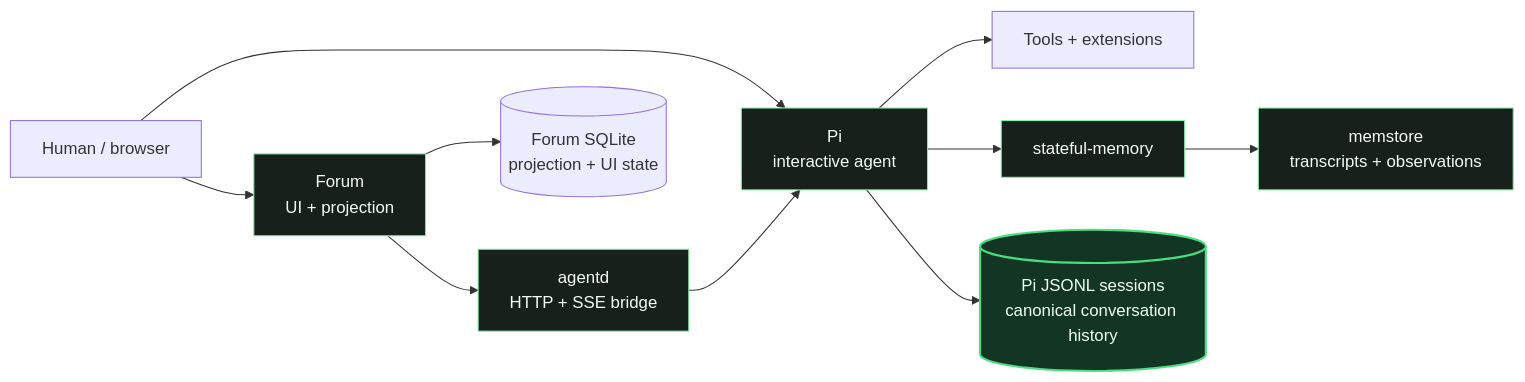
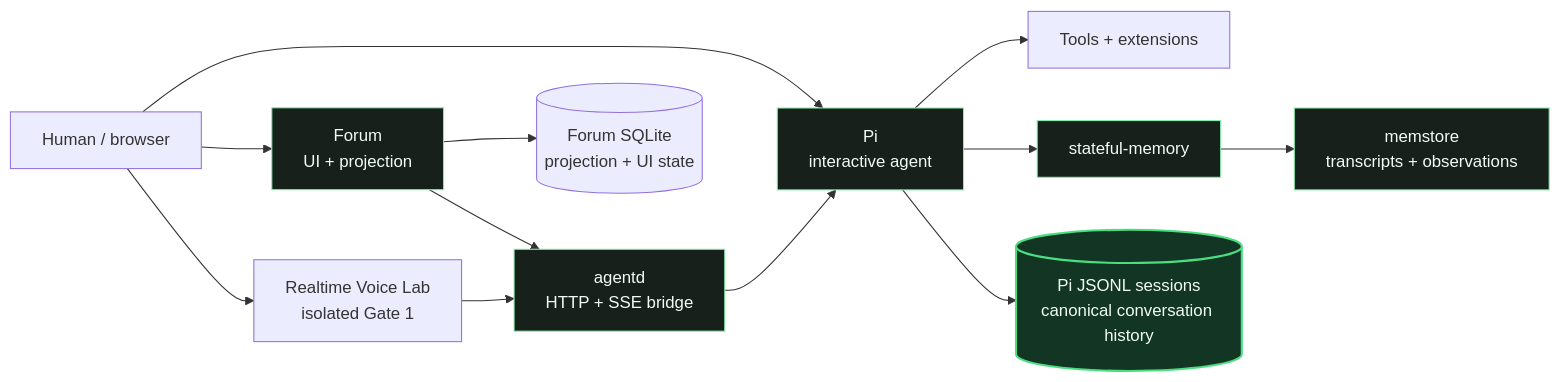
One commit to irrigationreal/monika changed the diagram in README.md. Above: the diagram before and after it, drawn with Mermaid. The commit also changed other lines of this file and 26 other files, not shown here.

Commit message:
Add isolated Realtime Voice Lab proof of concept

````diff
--- a/README.md
+++ b/README.md
@@ -51,17 +51,19 @@
 ```mermaid
 flowchart LR
     Human["Human / browser"] --> Forum["Forum\nUI + projection"]
+    Human --> Voice["Realtime Voice Lab\nisolated Gate 1"]
     Human --> Pi["Pi\ninteractive agent"]
     Forum --> Agentd["agentd\nHTTP + SSE bridge"]
+    Voice --> Agentd
     Agentd --> Pi
     Pi --> Tools["Tools + extensions"]
     Pi --> Memory["stateful-memory"]
     Memory --> Memstore["memstore\ntranscripts + observations"]
     Pi --> JSONL[("Pi JSONL sessions\ncanonical conversation history")]
     Forum --> ForumDB[("Forum SQLite\nprojection + UI state")]
 
     classDef canonical fill:#123524,stroke:#4ade80,color:#f0fdf4,stroke-width:2px;
     classDef service fill:#17201a,stroke:#86efac,color:#f0fdf4;
     class JSONL canonical;
     class Pi,Agentd,Memory,Memstore,Forum service;
 ```
````
